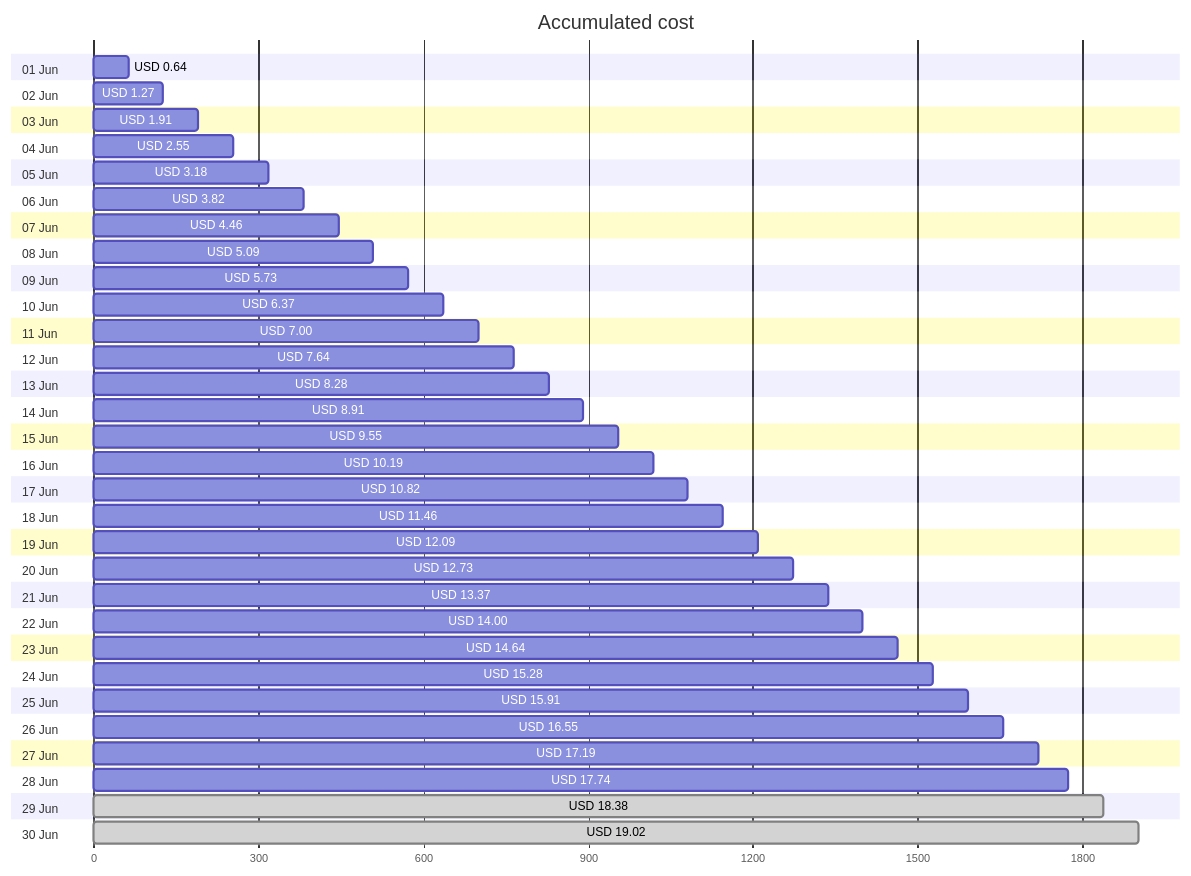
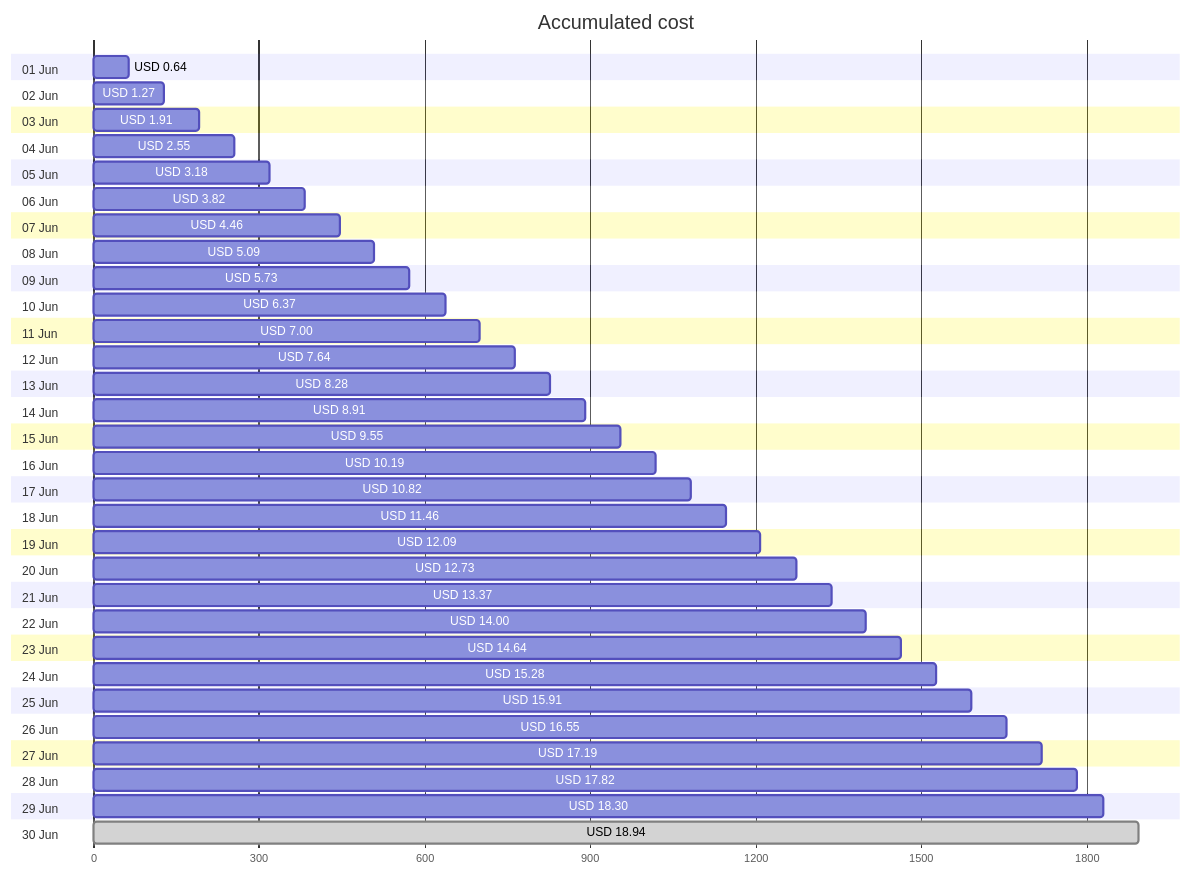
One commit to jpfulton/azure-personal-reports changed the first of 4 diagrams in cost-reports/accumulated-cost.md. Above: the diagram before and after it, drawn with Mermaid. The commit also changed other lines of this file and 4 other files, not shown here.

````diff
--- a/cost-reports/accumulated-cost.md
+++ b/cost-reports/accumulated-cost.md
@@ -20,66 +20,66 @@
 ```mermaid
 gantt
    title Accumulated cost
    dateFormat  X
    axisFormat %s
    section 01 Jun
    USD 0.64 :0, 64
    section 02 Jun
    USD 1.27 :0, 127
    section 03 Jun
    USD 1.91 :0, 191
    section 04 Jun
    USD 2.55 :0, 255
    section 05 Jun
    USD 3.18 :0, 318
    section 06 Jun
    USD 3.82 :0, 382
    section 07 Jun
    USD 4.46 :0, 446
    section 08 Jun
    USD 5.09 :0, 509
    section 09 Jun
    USD 5.73 :0, 573
    section 10 Jun
    USD 6.37 :0, 637
    section 11 Jun
    USD 7.00 :0, 700
    section 12 Jun
    USD 7.64 :0, 764
    section 13 Jun
    USD 8.28 :0, 828
    section 14 Jun
    USD 8.91 :0, 891
    section 15 Jun
    USD 9.55 :0, 955
    section 16 Jun
    USD 10.19 :0, 1019
    section 17 Jun
    USD 10.82 :0, 1082
    section 18 Jun
    USD 11.46 :0, 1146
    section 19 Jun
    USD 12.09 :0, 1209
    section 20 Jun
    USD 12.73 :0, 1273
    section 21 Jun
    USD 13.37 :0, 1337
    section 22 Jun
    USD 14.00 :0, 1400
    section 23 Jun
    USD 14.64 :0, 1464
    section 24 Jun
    USD 15.28 :0, 1528
    section 25 Jun
    USD 15.91 :0, 1591
    section 26 Jun
    USD 16.55 :0, 1655
    section 27 Jun
    USD 17.19 :0, 1719
    section 28 Jun
-   USD 17.74 :0, 1774
+   USD 17.82 :0, 1782
    section 29 Jun
-   USD 18.38 : done, 0, 1838
+   USD 18.30 :0, 1830
    section 30 Jun
-   USD 19.02 : done, 0, 1902
+   USD 18.94 : done, 0, 1894
 ```
````
